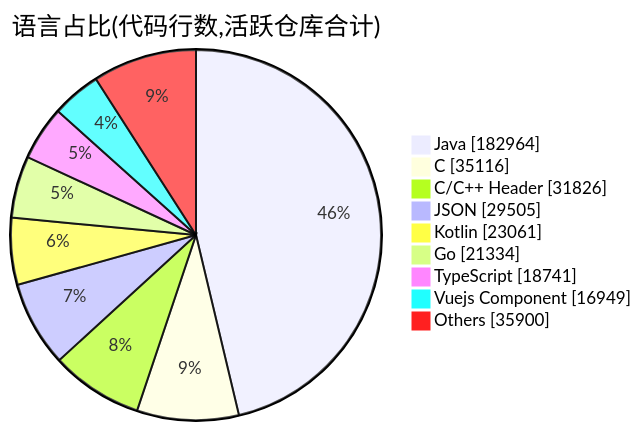
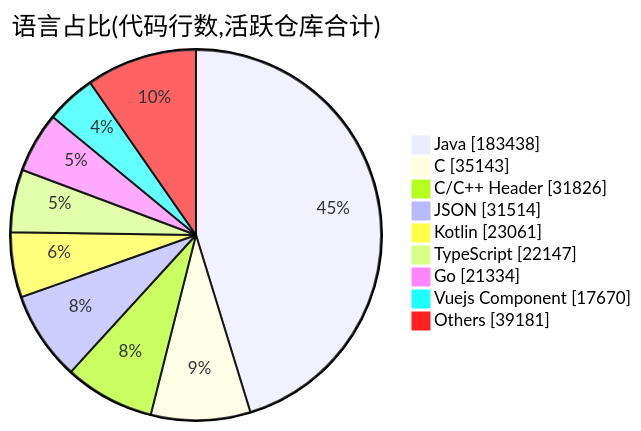
Before and after one commit to Conflux-Union/.github: the second of 2 diagrams in profile/README.md, drawn with Mermaid. The commit also changed other lines of this file and 1 other file, not shown here.

````diff
--- a/profile/README.md
+++ b/profile/README.md
@@ -81,13 +81,13 @@
 ```mermaid
 pie showData
     title 语言占比(代码行数,活跃仓库合计)
-    "Java" : 182964
-    "C" : 35116
+    "Java" : 183438
+    "C" : 35143
     "C/C++ Header" : 31826
-    "JSON" : 29505
+    "JSON" : 31514
     "Kotlin" : 23061
+    "TypeScript" : 22147
     "Go" : 21334
-    "TypeScript" : 18741
-    "Vuejs Component" : 16949
-    "Others" : 35900
+    "Vuejs Component" : 17670
+    "Others" : 39181
 ```
````
